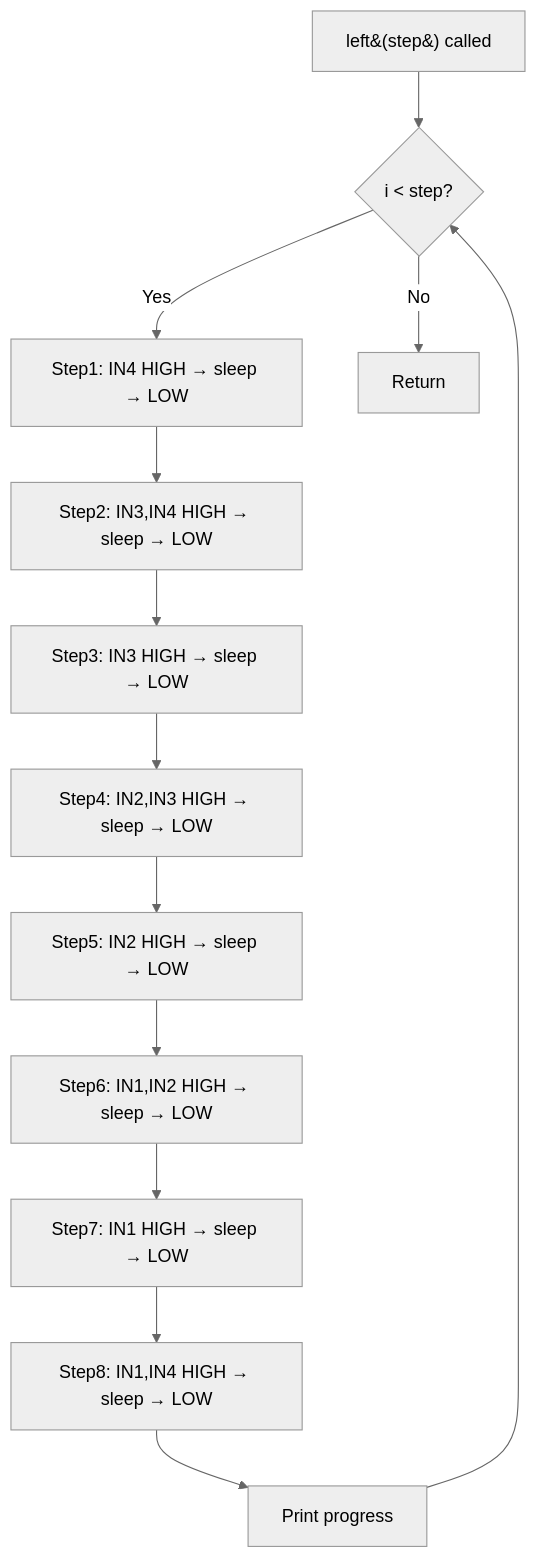
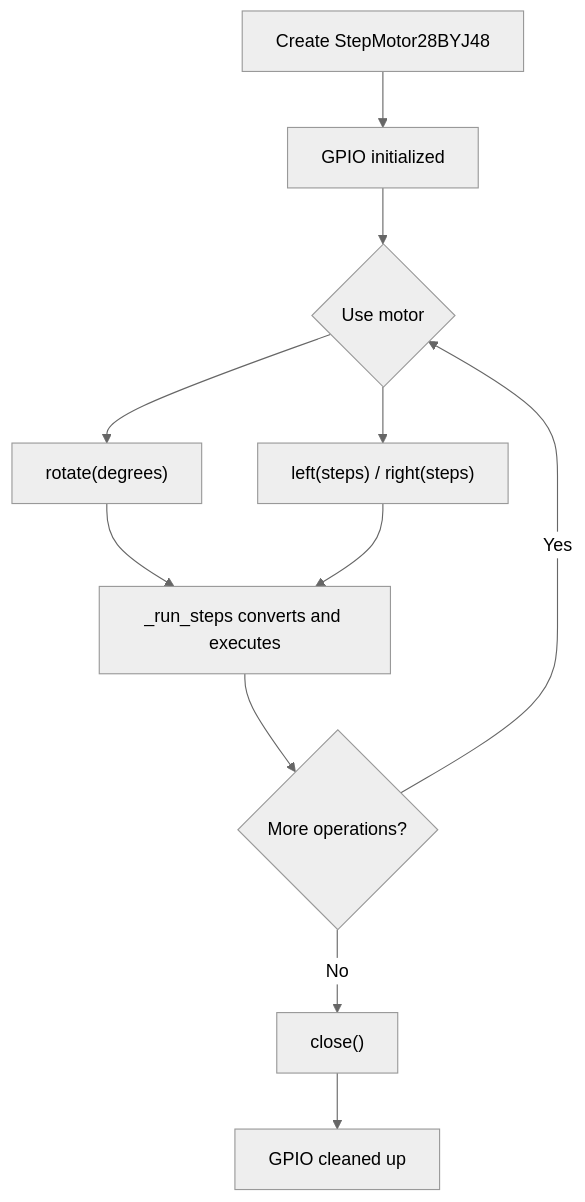
Before and after one commit to frankenwino/step_motor_28byj_48: the first of 7 diagrams in .agents/summary/workflows.md, drawn with Mermaid (neutral theme). The commit also changed other lines of this file and 8 other files, not shown here.

First line of the commit message:
Refactor step_motor_28byj_48 documentation and code structure

````diff
--- a/.agents/summary/workflows.md
+++ b/.agents/summary/workflows.md
@@ -9,15 +9,13 @@
 ```mermaid
 flowchart TD
-    A[left&#40;step&#41; called] --> B{i < step?}
-    B -->|Yes| C[Step1: IN4 HIGH → sleep → LOW]
-    C --> D[Step2: IN3,IN4 HIGH → sleep → LOW]
-    D --> E[Step3: IN3 HIGH → sleep → LOW]
-    E --> F[Step4: IN2,IN3 HIGH → sleep → LOW]
-    F --> G[Step5: IN2 HIGH → sleep → LOW]
-    G --> H[Step6: IN1,IN2 HIGH → sleep → LOW]
-    H --> I[Step7: IN1 HIGH → sleep → LOW]
-    I --> J[Step8: IN1,IN4 HIGH → sleep → LOW]
-    J --> K[Print progress]
-    K --> B
-    B -->|No| L[Return]
+    A[Create StepMotor28BYJ48] --> B[GPIO initialized]
+    B --> C{Use motor}
+    C --> D["rotate(degrees)"]
+    C --> E["left(steps) / right(steps)"]
+    D --> F[_run_steps converts and executes]
+    E --> F
+    F --> G{More operations?}
+    G -->|Yes| C
+    G -->|No| H["close()"]
+    H --> I[GPIO cleaned up]
 ```
````
